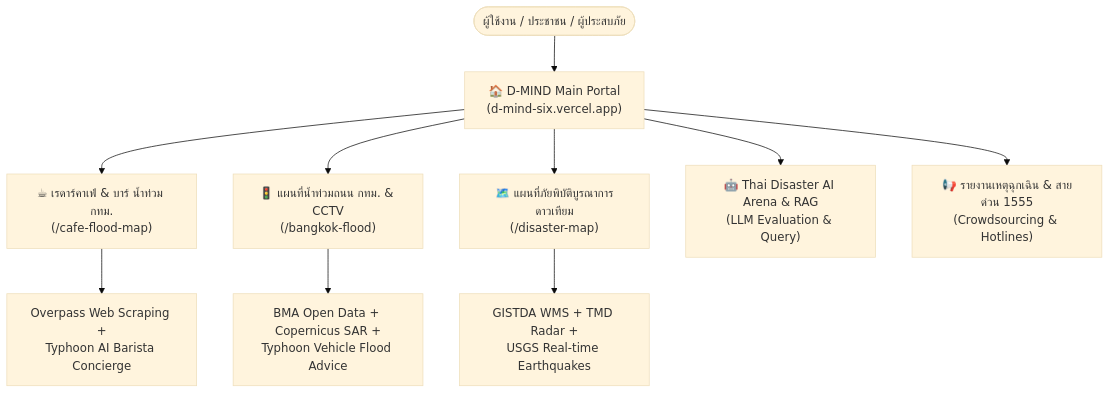
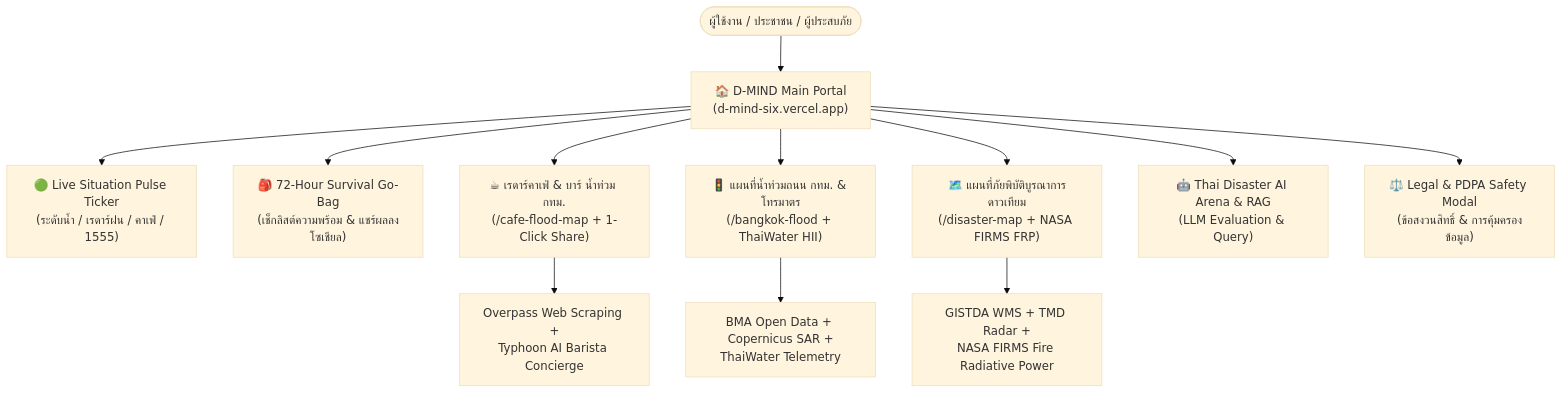
One commit to kchayta32/d-mind-web changed the first of 2 diagrams in README.md. Above: the diagram before and after it, drawn with Mermaid (base theme). The commit also changed other lines of this file, not shown here.

Commit message:
docs: update README.md with live crisis ticker, 72h survival kit, PWA, and legal terms

````diff
--- a/README.md
+++ b/README.md
@@ -53,14 +59,16 @@
 ```mermaid
 graph TD
     User([ผู้ใช้งาน / ประชาชน / ผู้ประสบภัย]) --> Portal["🏠 D-MIND Main Portal\n(d-mind-six.vercel.app)"]
     
-    Portal --> Mod1["☕ เรดาร์คาเฟ่ & บาร์ น้ำท่วม กทม.\n(/cafe-flood-map)"]
-    Portal --> Mod2["🚦 แผนที่น้ำท่วมถนน กทม. & CCTV\n(/bangkok-flood)"]
-    Portal --> Mod3["🗺️ แผนที่ภัยพิบัติบูรณาการดาวเทียม\n(/disaster-map)"]
+    Portal --> ModPulse["🟢 Live Situation Pulse Ticker\n(ระดับน้ำ / เรดาร์ฝน / คาเฟ่ / 1555)"]
+    Portal --> ModKit["🎒 72-Hour Survival Go-Bag\n(เช็กลิสต์ความพร้อม & แชร์ผลลงโซเชียล)"]
+    Portal --> Mod1["☕ เรดาร์คาเฟ่ & บาร์ น้ำท่วม กทม.\n(/cafe-flood-map + 1-Click Share)"]
+    Portal --> Mod2["🚦 แผนที่น้ำท่วมถนน กทม. & โทรมาตร\n(/bangkok-flood + ThaiWater HII)"]
+    Portal --> Mod3["🗺️ แผนที่ภัยพิบัติบูรณาการดาวเทียม\n(/disaster-map + NASA FIRMS FRP)"]
     Portal --> Mod4["🤖 Thai Disaster AI Arena & RAG\n(LLM Evaluation & Query)"]
-    Portal --> Mod5["📢 รายงานเหตุฉุกเฉิน & สายด่วน 1555\n(Crowdsourcing & Hotlines)"]
+    Portal --> Mod5["⚖️ Legal & PDPA Safety Modal\n(ข้อสงวนสิทธิ์ & การคุ้มครองข้อมูล)"]
 
     Mod1 --> Engine1["Overpass Web Scraping +\nTyphoon AI Barista Concierge"]
-    Mod2 --> Engine2["BMA Open Data + Copernicus SAR +\nTyphoon Vehicle Flood Advice"]
-    Mod3 --> Engine3["GISTDA WMS + TMD Radar +\nUSGS Real-time Earthquakes"]
+    Mod2 --> Engine2["BMA Open Data + Copernicus SAR +\nThaiWater Telemetry"]
+    Mod3 --> Engine3["GISTDA WMS + TMD Radar +\nNASA FIRMS Fire Radiative Power"]
 ```
````
